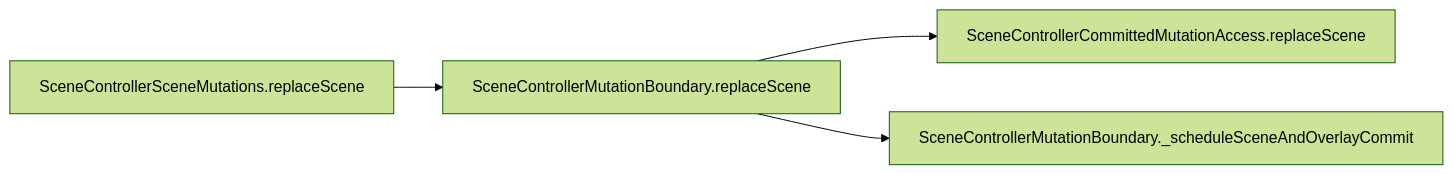
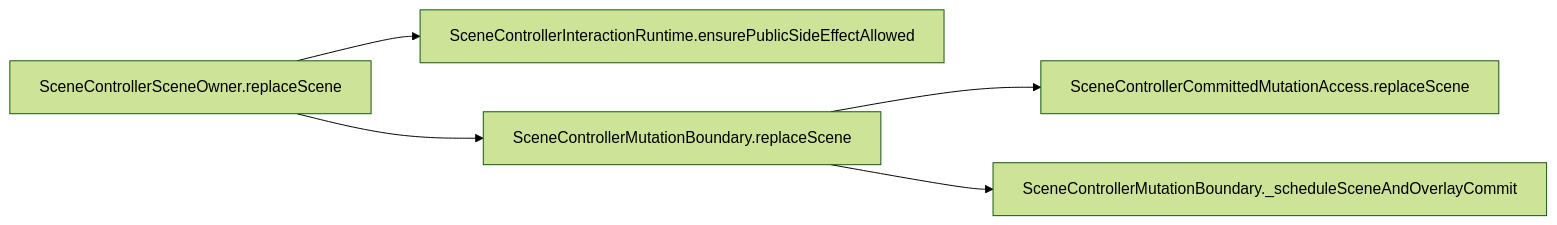
One commit to GreatPika/iwb_canvas_engine changed the diagram in docs/target_architecture/evidence/replace_scene_write_flow.md. Above: the diagram before and after it, drawn with Mermaid (forest theme). The commit also changed 40 other files, not shown here.

````diff
--- a/docs/target_architecture/evidence/replace_scene_write_flow.md
+++ b/docs/target_architecture/evidence/replace_scene_write_flow.md
@@ -1,11 +1,13 @@
 ```mermaid
 flowchart LR
-  N0["SceneControllerSceneMutations.replaceScene"]
-  N1["SceneControllerMutationBoundary.replaceScene"]
+  N0["SceneControllerSceneOwner.replaceScene"]
+  N1["SceneControllerInteractionRuntime.ensurePublicSideEffectAllowed"]
   N0 --> N1
-  N2["SceneControllerCommittedMutationAccess.replaceScene"]
-  N1 --> N2
-  N3["SceneControllerMutationBoundary._scheduleSceneAndOverlayCommit"]
-  N1 --> N3
+  N2["SceneControllerMutationBoundary.replaceScene"]
+  N0 --> N2
+  N3["SceneControllerCommittedMutationAccess.replaceScene"]
+  N2 --> N3
+  N4["SceneControllerMutationBoundary._scheduleSceneAndOverlayCommit"]
+  N2 --> N4
 
 ```
````
